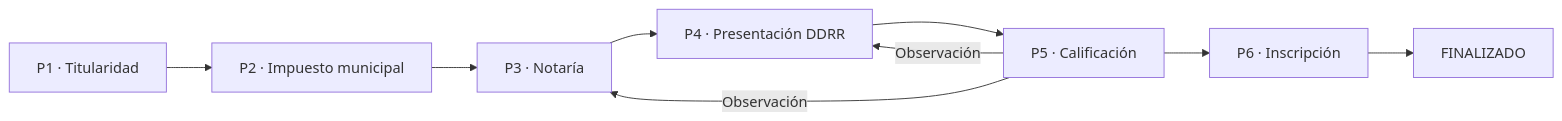
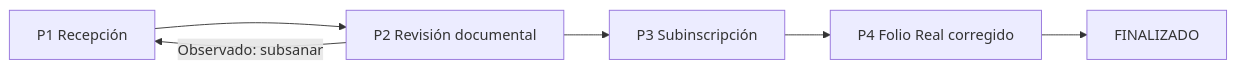
The third of 4 diagrams in TramiteAgil/README.md (asafnerdrm-coder/Proyecto_Final_Integrador_4), drawn with Mermaid before and after one commit. The commit also changed other lines of this file, not shown here.

````diff
--- a/TramiteAgil/README.md
+++ b/TramiteAgil/README.md
@@ -296,11 +586,8 @@
 ```mermaid
 flowchart LR
-    P1["P1 · Titularidad"] --> P2["P2 · Impuesto municipal"]
-    P2 --> P3["P3 · Notaría"]
-    P3 --> P4["P4 · Presentación DDRR"]
-    P4 --> P5["P5 · Calificación"]
-    P5 --> P6["P6 · Inscripción"]
-    P6 --> FIN["FINALIZADO"]
-    P5 -- "Observación" --> P4
-    P5 -- "Observación" --> P3
+    P1["P1 Recepción"] --> P2["P2 Revisión documental"]
+    P2 --> P3["P3 Subinscripción"]
+    P3 --> P4["P4 Folio Real corregido"]
+    P4 --> F["FINALIZADO"]
+    P2 -- "Observado: subsanar" --> P1
 ```
````
